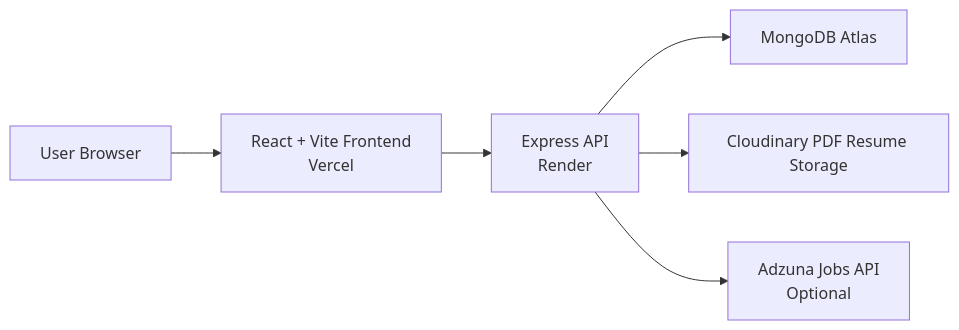
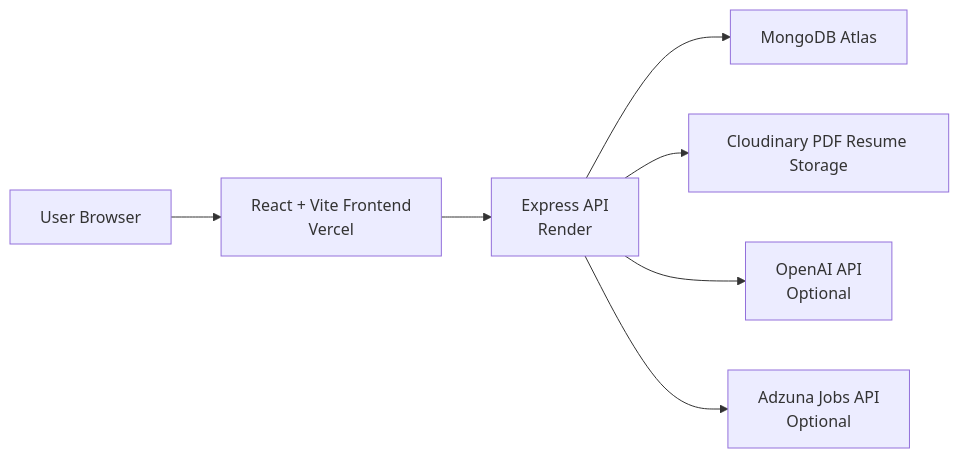
One commit to sgsatpute/Job-portal changed the diagram in README.md. Above: the diagram before and after it, drawn with Mermaid. The commit also changed other lines of this file and 10 other files, not shown here.

````diff
--- a/README.md
+++ b/README.md
@@ -103,8 +107,9 @@
 ```mermaid
 flowchart LR
   User["User Browser"] --> Frontend["React + Vite Frontend<br/>Vercel"]
   Frontend --> API["Express API<br/>Render"]
   API --> MongoDB["MongoDB Atlas"]
   API --> Cloudinary["Cloudinary PDF Resume Storage"]
+  API --> OpenAI["OpenAI API<br/>Optional"]
   API --> Adzuna["Adzuna Jobs API<br/>Optional"]
 ```
````
